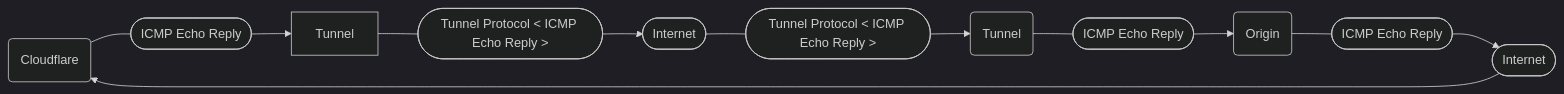
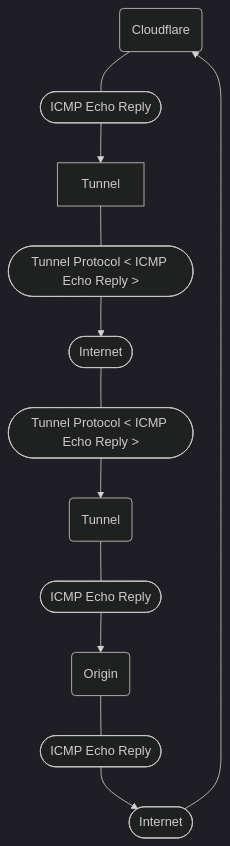
The fourth of 4 diagrams in src/content/partials/magic-transit/tunnel-health/tunnel-health-checks.mdx (cloudflare/cloudflare-docs), drawn with Mermaid (dark theme) before and after one commit. The commit also changed other lines of this file, not shown here.

Commit message:
changed mermaid graphs tb

````diff
--- a/src/content/partials/magic-transit/tunnel-health/tunnel-health-checks.mdx
+++ b/src/content/partials/magic-transit/tunnel-health/tunnel-health-checks.mdx
@@ -162,14 +162,14 @@
 ```mermaid
-flowchart LR
+flowchart TB
    cloudflare(Cloudflare) --- bare_echo_probe([ICMP Echo Reply])
    bare_echo_probe --> tunnel[Tunnel]
    tunnel --- encapsulated_echo_probe([Tunnel Protocol < ICMP Echo Reply >])
    encapsulated_echo_probe --> internet([Internet])
    internet --- encapsulated_echo_probe_2([Tunnel Protocol < ICMP Echo Reply >])
    encapsulated_echo_probe_2 --> origin_tunnel(Tunnel)
    origin_tunnel --- received_bare_echo_reply([ICMP Echo Reply])
    received_bare_echo_reply --> origin(Origin)
    origin --- received_bare_echo_reply_2([ICMP Echo Reply])
    received_bare_echo_reply_2 --> internet_2([Internet])
    internet_2 --> cloudflare
 ```
````
